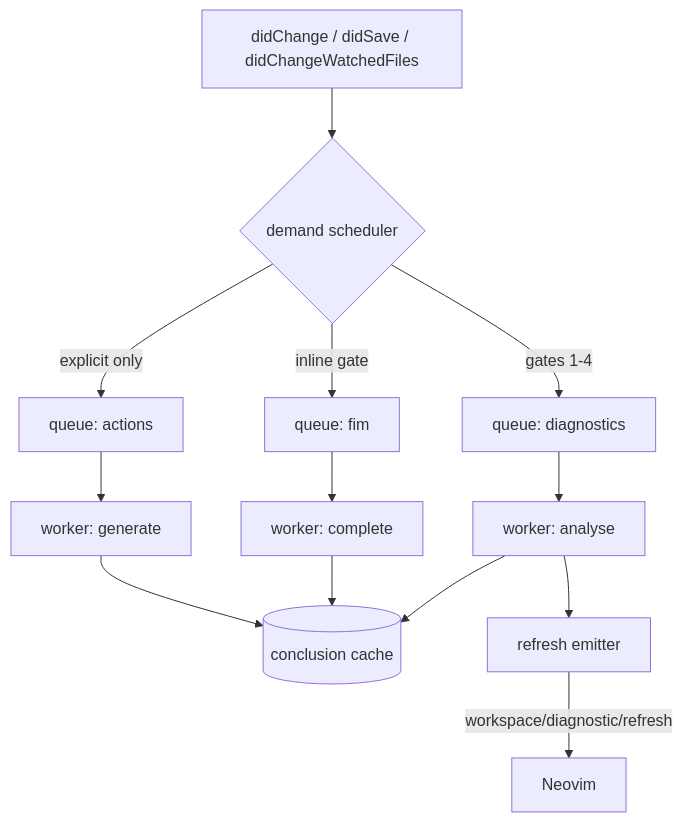
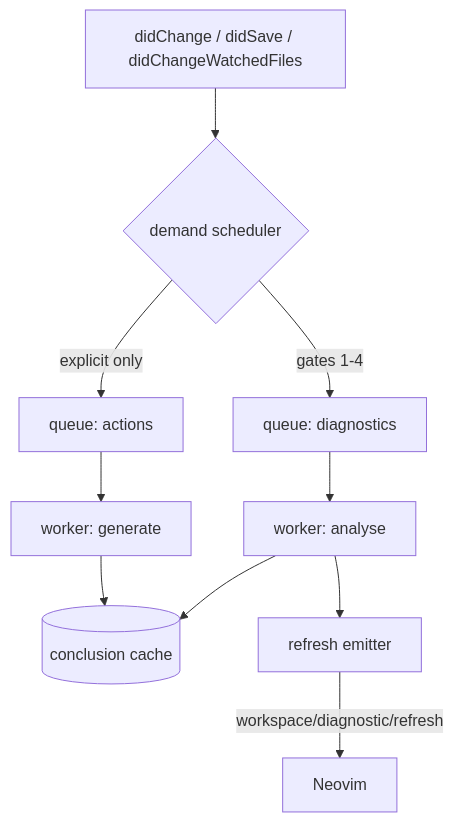
Before and after one commit to makefunstuff/jev-lsp: the second of 2 diagrams in docs/ARCHITECTURE.md, drawn with Mermaid. The commit also changed other lines of this file and 44 other files, not shown here.

````diff
--- a/docs/ARCHITECTURE.md
+++ b/docs/ARCHITECTURE.md
@@ -91,15 +91,12 @@
 ```mermaid
 graph TB
   CH[didChange / didSave / didChangeWatchedFiles] --> D{demand scheduler}
   D -->|"gates 1-4"| Q1[queue: diagnostics]
-  D -->|"inline gate"| Q2[queue: fim]
   D -->|"explicit only"| Q3[queue: actions]
   Q1 --> W1[worker: analyse]
-  Q2 --> W2[worker: complete]
   Q3 --> W3[worker: generate]
   W1 --> C[(conclusion cache)]
-  W2 --> C
   W3 --> C
   W1 --> R[refresh emitter]
   R -->|"workspace/diagnostic/refresh"| NV[Neovim]
 ```
````
